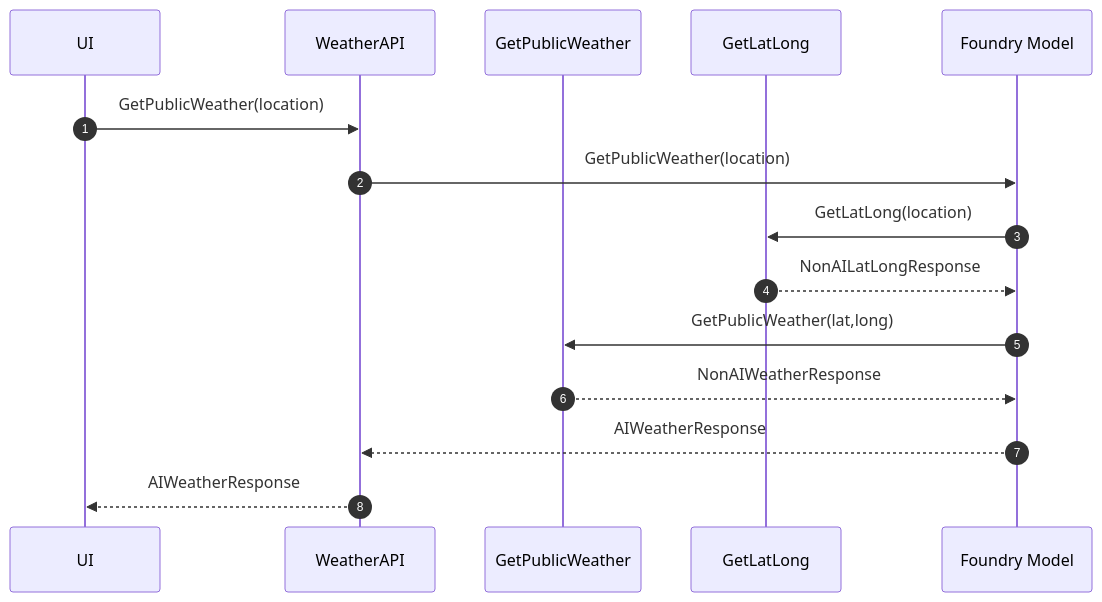
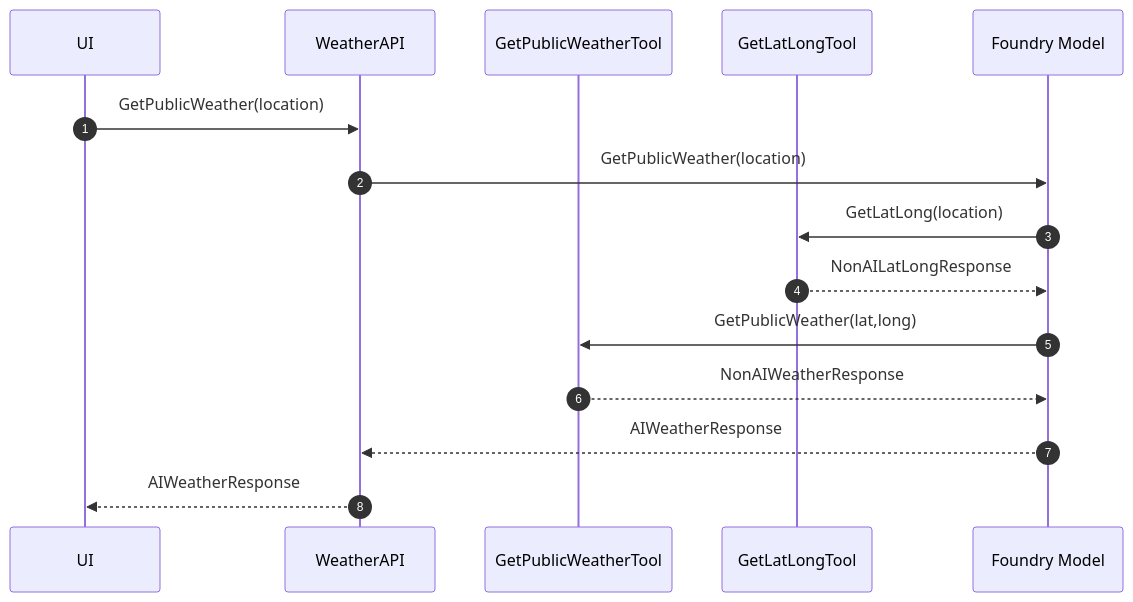
One commit to dustinkorzaan/weather-1116 changed the first of 3 diagrams in docs/3-foundry-mcp/agents-models-mcp.md. Above: the diagram before and after it, drawn with Mermaid.

Commit message:
Rename V3 diagram participants to GetPublicWeatherTool and GetLatLongTool

````diff
--- a/docs/3-foundry-mcp/agents-models-mcp.md
+++ b/docs/3-foundry-mcp/agents-models-mcp.md
@@ -53,18 +53,18 @@
   ```mermaid
   sequenceDiagram
       autonumber
       participant UI
       participant API as WeatherAPI
-      participant GetPublicWeather
-      participant GetLatLong
+      participant GetPublicWeatherTool
+      participant GetLatLongTool
       participant Model as Foundry Model
 
       UI->>API: GetPublicWeather(location)
       API->>Model: GetPublicWeather(location)
-      Model->>GetLatLong: GetLatLong(location)
-      GetLatLong-->>Model: NonAILatLongResponse
-      Model->>GetPublicWeather: GetPublicWeather(lat,long)
-      GetPublicWeather-->>Model: NonAIWeatherResponse
+      Model->>GetLatLongTool: GetLatLong(location)
+      GetLatLongTool-->>Model: NonAILatLongResponse
+      Model->>GetPublicWeatherTool: GetPublicWeather(lat,long)
+      GetPublicWeatherTool-->>Model: NonAIWeatherResponse
       Model-->>API: AIWeatherResponse
       API-->>UI: AIWeatherResponse
   ```
````
